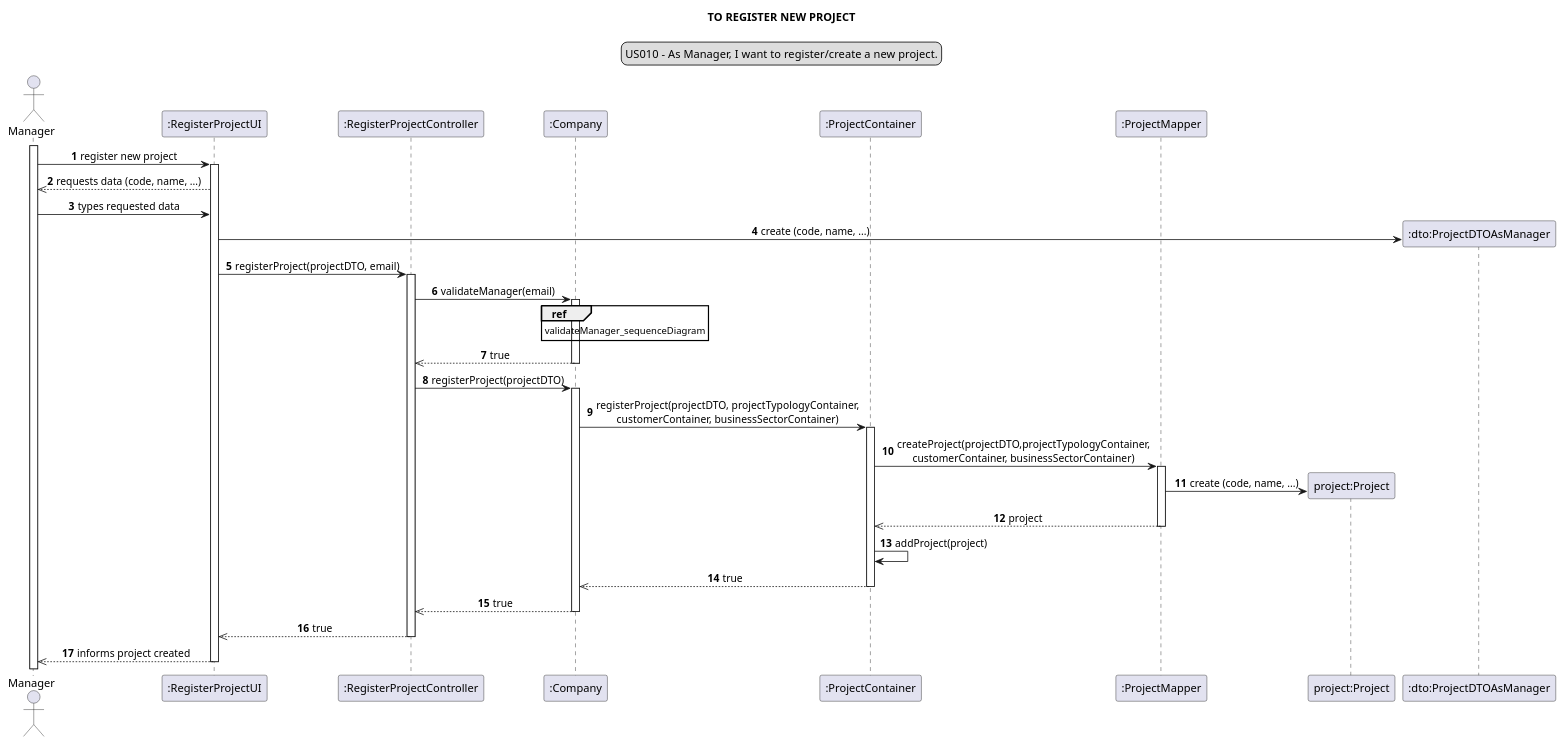
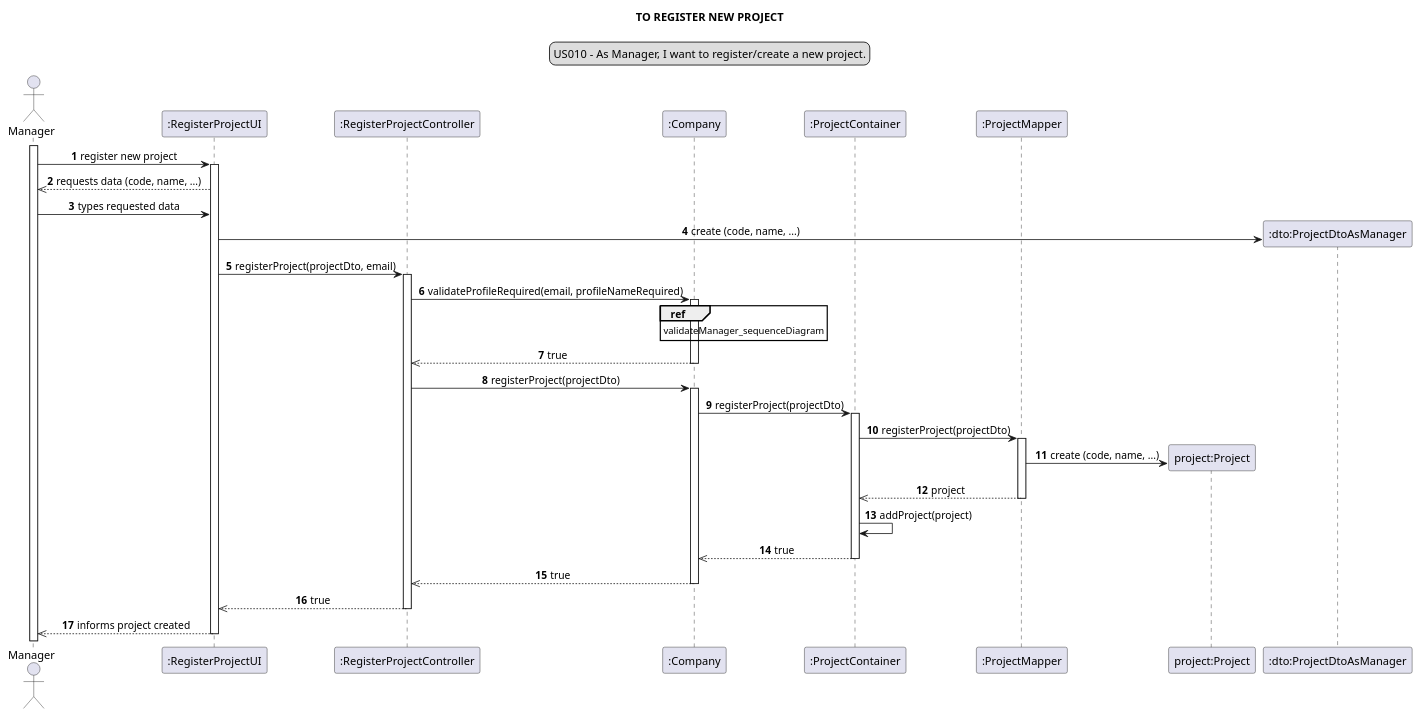
The diagram in docs/modelling_design/user_stories/sprint02/us010/US010_sequenceDiagram.puml (Loracline/project_switch_22-23), drawn with PlantUML before and after one commit. The commit also changed 1 other file, not shown here.

```diff
--- a/docs/modelling_design/user_stories/sprint02/us010/US010_sequenceDiagram.puml
+++ b/docs/modelling_design/user_stories/sprint02/us010/US010_sequenceDiagram.puml
@@ -1,56 +1,56 @@
 @startuml
 
 skinparam sequenceMessageAlign center
 title TO REGISTER NEW PROJECT
 legend top
 US010 - As Manager, I want to register/create a new project.
 end legend
 autonumber
 
-actor Manager as mg
+actor Manager as manager
 participant ":RegisterProjectUI" as ui
 participant ":RegisterProjectController" as controller
 participant ":Company" as comp
 participant ":ProjectContainer" as PC
 participant ":ProjectMapper" as mapper
 participant "project:Project" as project
-participant ":dto:ProjectDTOAsManager" as dto
+participant ":dto:ProjectDtoAsManager" as dto
 
-activate mg
-mg ->ui : register new project
+activate manager
+"manager" ->ui : register new project
 activate ui
-ui -->> mg: requests data (code, name, ...)
+"ui" -->> manager: requests data (code, name, ...)
 
-mg -> ui: types requested data
+manager -> ui: types requested data
 
 create dto
 ui -> dto: create (code, name, ...)
-ui -> controller: registerProject(projectDTO, email)
+ui -> controller: registerProject(projectDto, email)
 activate controller
 
-controller -> comp: validateManager(email)
+controller -> comp: validateProfileRequired(email, profileNameRequired)
 ref over comp: validateManager_sequenceDiagram
 activate comp
 comp -->> controller: true
 deactivate comp
-controller -> comp: registerProject(projectDTO)
+controller -> comp: registerProject(projectDto)
 activate comp
-comp -> PC : registerProject(projectDTO, projectTypologyContainer,\ncustomerContainer, businessSectorContainer)
+comp -> PC : registerProject(projectDto)
 activate PC
-PC -> mapper: createProject(projectDTO,projectTypologyContainer,\ncustomerContainer, businessSectorContainer)
+PC -> mapper: registerProject(projectDto)
 activate mapper
 create project
 mapper -> project : create (code, name, ...)
 mapper -->> PC: project
 deactivate mapper
 PC -> PC : addProject(project)
 PC -->> comp : true
 deactivate PC
 comp -->>controller: true
 deactivate comp
 controller -->> ui : true
 deactivate controller
-ui -->> mg :  informs project created
+ui -->> manager :  informs project created
 deactivate ui
 
 @enduml
```
